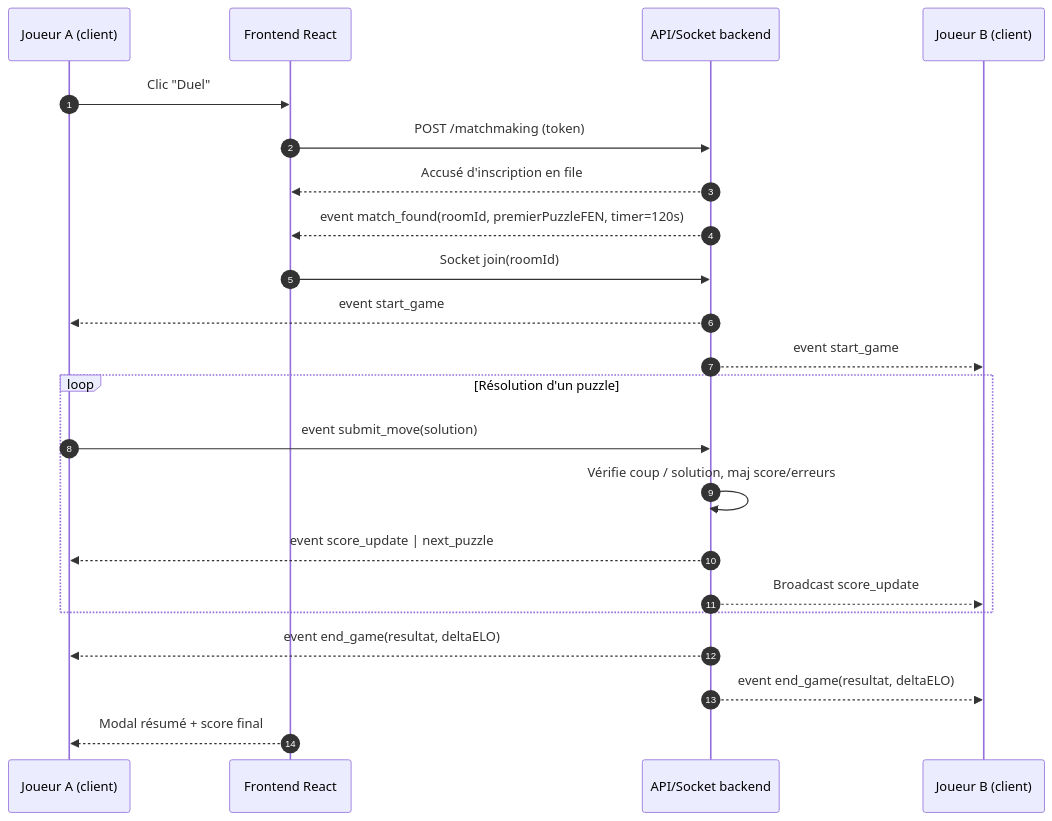
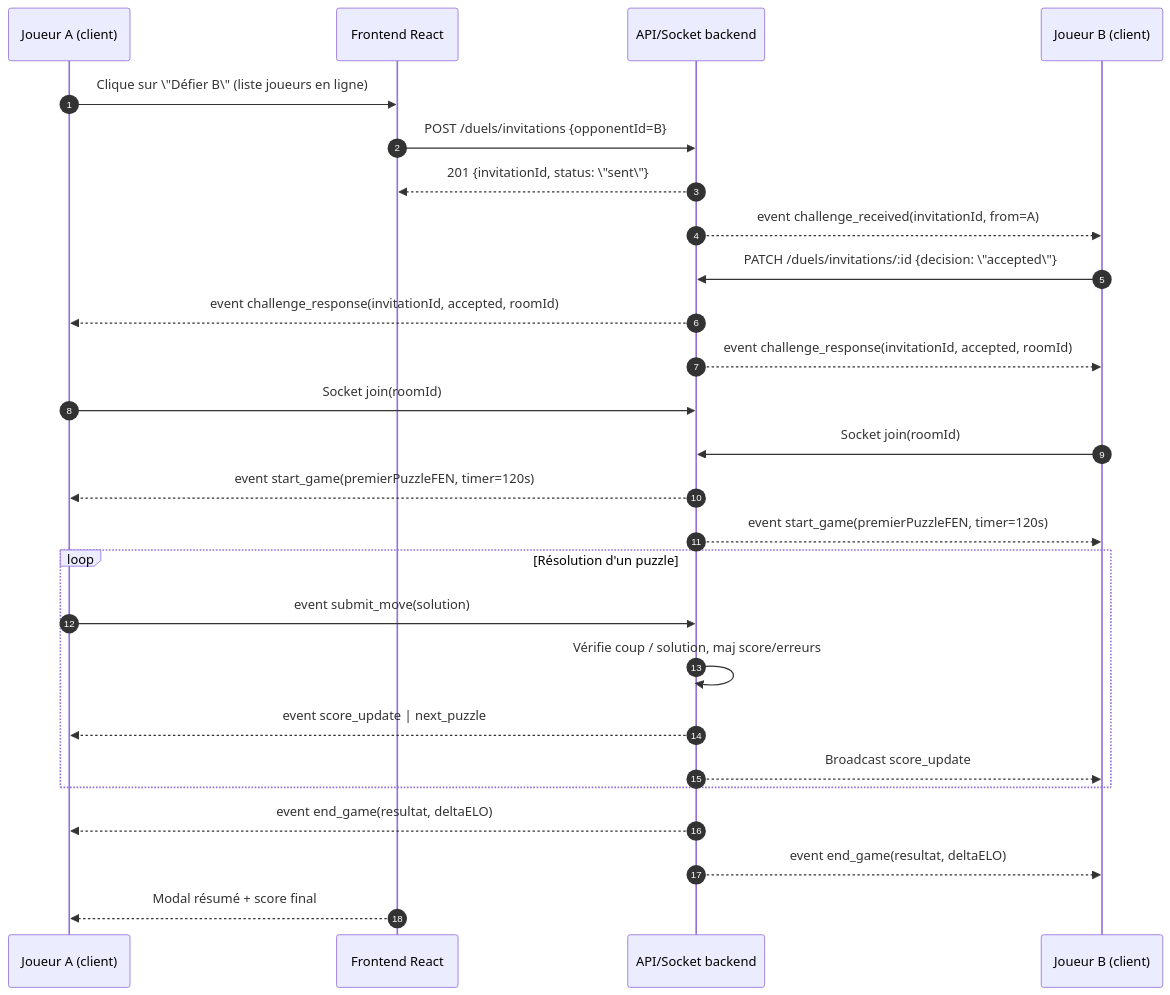
The first of 2 diagrams in docs/diagrammes-sequence.md (suleyyerli/project-chess), drawn with Mermaid before and after one commit.

Commit message:
modif diagramme de sequence duel temps reel #13

````diff
--- a/docs/diagrammes-sequence.md
+++ b/docs/diagrammes-sequence.md
@@ -5,25 +5,29 @@
 ```mermaid
 sequenceDiagram
     autonumber
     participant A as Joueur A (client)
     participant F as Frontend React
     participant S as API/Socket backend
     participant B as Joueur B (client)
 
-    A->>F: Clic "Duel"
-    F->>S: POST /matchmaking (token)
-    S-->>F: Accusé d'inscription en file
-    S-->>F: event match_found(roomId, premierPuzzleFEN, timer=120s)
-    F->>S: Socket join(roomId)
-    S-->>A: event start_game
-    S-->>B: event start_game
+    A->>F: Clique sur \"Défier B\" (liste joueurs en ligne)
+    F->>S: POST /duels/invitations {opponentId=B}
+    S-->>F: 201 {invitationId, status: \"sent\"}
+    S-->>B: event challenge_received(invitationId, from=A)
+    B->>S: PATCH /duels/invitations/:id {decision: \"accepted\"}
+    S-->>A: event challenge_response(invitationId, accepted, roomId)
+    S-->>B: event challenge_response(invitationId, accepted, roomId)
+    A->>S: Socket join(roomId)
+    B->>S: Socket join(roomId)
+    S-->>A: event start_game(premierPuzzleFEN, timer=120s)
+    S-->>B: event start_game(premierPuzzleFEN, timer=120s)
     loop Résolution d'un puzzle
         A->>S: event submit_move(solution)
         S->>S: Vérifie coup / solution, maj score/erreurs
         S-->>A: event score_update | next_puzzle
         S-->>B: Broadcast score_update
     end
     S-->>A: event end_game(resultat, deltaELO)
     S-->>B: event end_game(resultat, deltaELO)
     F-->>A: Modal résumé + score final
 ```
````
